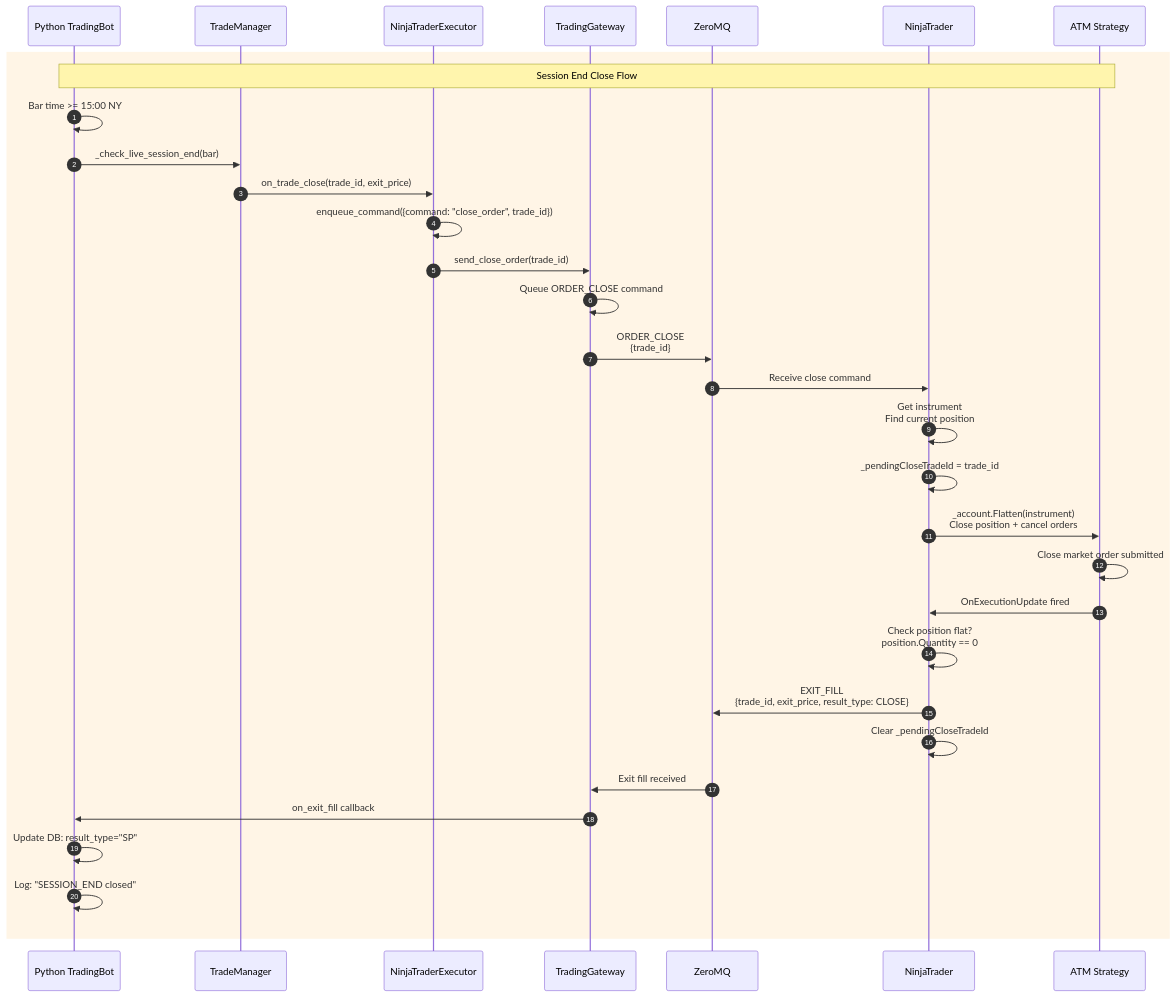
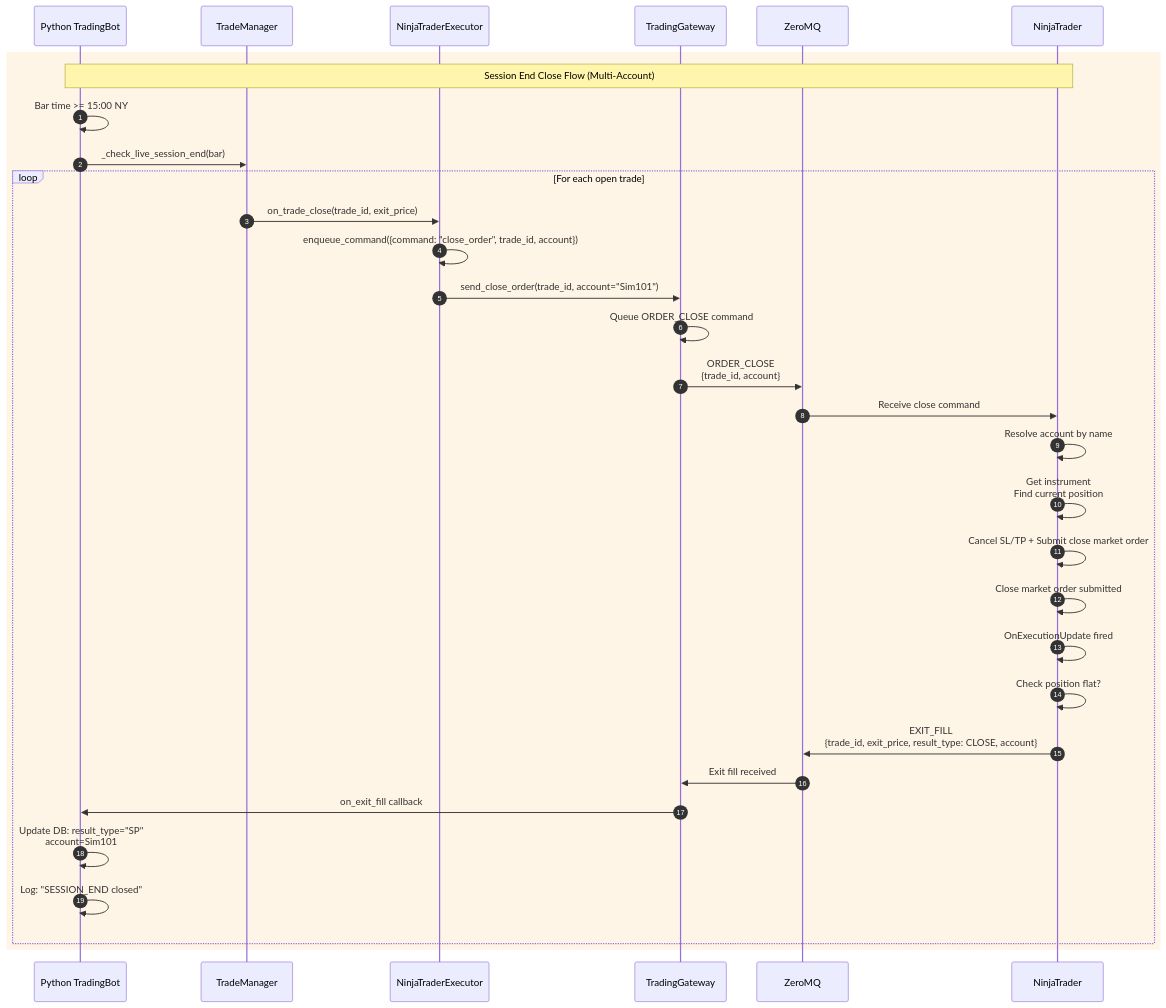
Before and after one commit to carlos21/TradingBot: the fourth of 9 diagrams in docs/zmq_communication_flow.md, drawn with Mermaid. The commit also changed other lines of this file and 1 other file, not shown here.

````diff
--- a/docs/zmq_communication_flow.md
+++ b/docs/zmq_communication_flow.md
@@ -590,41 +541,41 @@
 ```mermaid
 sequenceDiagram
     autonumber
     participant PY as Python TradingBot
     participant TM as TradeManager
     participant TE as NinjaTraderExecutor
     participant GW as TradingGateway
     participant ZMQ as ZeroMQ
     participant NT as NinjaTrader
-    participant ATM as ATM Strategy
 
     rect rgb(255, 245, 230)
-        Note over PY,ATM: Session End Close Flow
+        Note over PY,NT: Session End Close Flow (Multi-Account)
         
         PY->>PY: Bar time >= 15:00 NY
         PY->>TM: _check_live_session_end(bar)
         
-        TM->>TE: on_trade_close(trade_id, exit_price)
-        TE->>TE: enqueue_command({command: "close_order", trade_id})
-        
-        TE->>GW: send_close_order(trade_id)
-        GW->>GW: Queue ORDER_CLOSE command
-        GW->>ZMQ: ORDER_CLOSE<br/>{trade_id}
-        ZMQ->>NT: Receive close command
-        
-        NT->>NT: Get instrument<br/>Find current position
-        NT->>NT: _pendingCloseTradeId = trade_id
-        NT->>ATM: _account.Flatten(instrument)<br/>Close position + cancel orders
-        ATM->>ATM: Close market order submitted
-        ATM->>NT: OnExecutionUpdate fired
-        
-        NT->>NT: Check position flat?<br/>position.Quantity == 0
-        NT->>ZMQ: EXIT_FILL<br/>{trade_id, exit_price, result_type: CLOSE}
-        NT->>NT: Clear _pendingCloseTradeId
-        ZMQ->>GW: Exit fill received
-        GW->>PY: on_exit_fill callback
-        
-        PY->>PY: Update DB: result_type="SP"
-        PY->>PY: Log: "SESSION_END closed"
+        loop For each open trade
+            TM->>TE: on_trade_close(trade_id, exit_price)
+            TE->>TE: enqueue_command({command: "close_order", trade_id, account})
+            
+            TE->>GW: send_close_order(trade_id, account="Sim101")
+            GW->>GW: Queue ORDER_CLOSE command
+            GW->>ZMQ: ORDER_CLOSE<br/>{trade_id, account}
+            ZMQ->>NT: Receive close command
+            
+            NT->>NT: Resolve account by name
+            NT->>NT: Get instrument<br/>Find current position
+            NT->>NT: Cancel SL/TP + Submit close market order
+            NT->>NT: Close market order submitted
+            NT->>NT: OnExecutionUpdate fired
+            
+            NT->>NT: Check position flat?
+            NT->>ZMQ: EXIT_FILL<br/>{trade_id, exit_price, result_type: CLOSE, account}
+            ZMQ->>GW: Exit fill received
+            GW->>PY: on_exit_fill callback
+            
+            PY->>PY: Update DB: result_type="SP"<br/>account=Sim101
+            PY->>PY: Log: "SESSION_END closed"
+        end
     end
 ```
````
